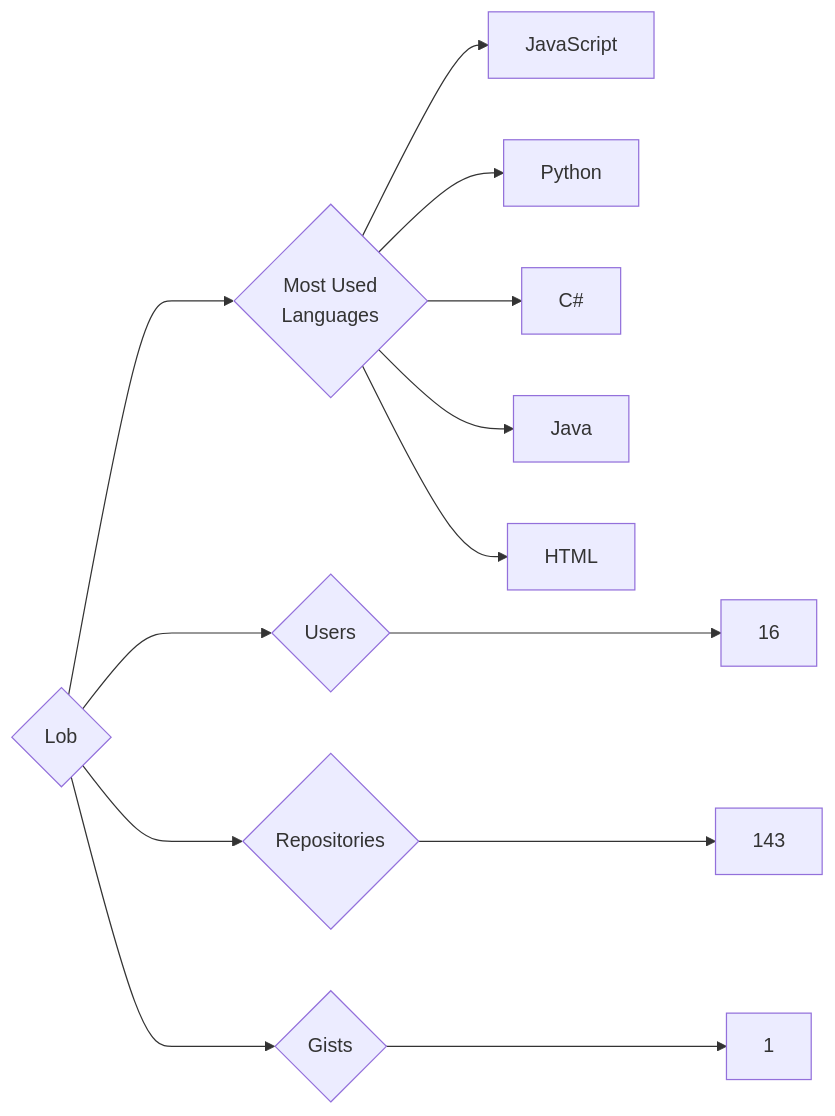
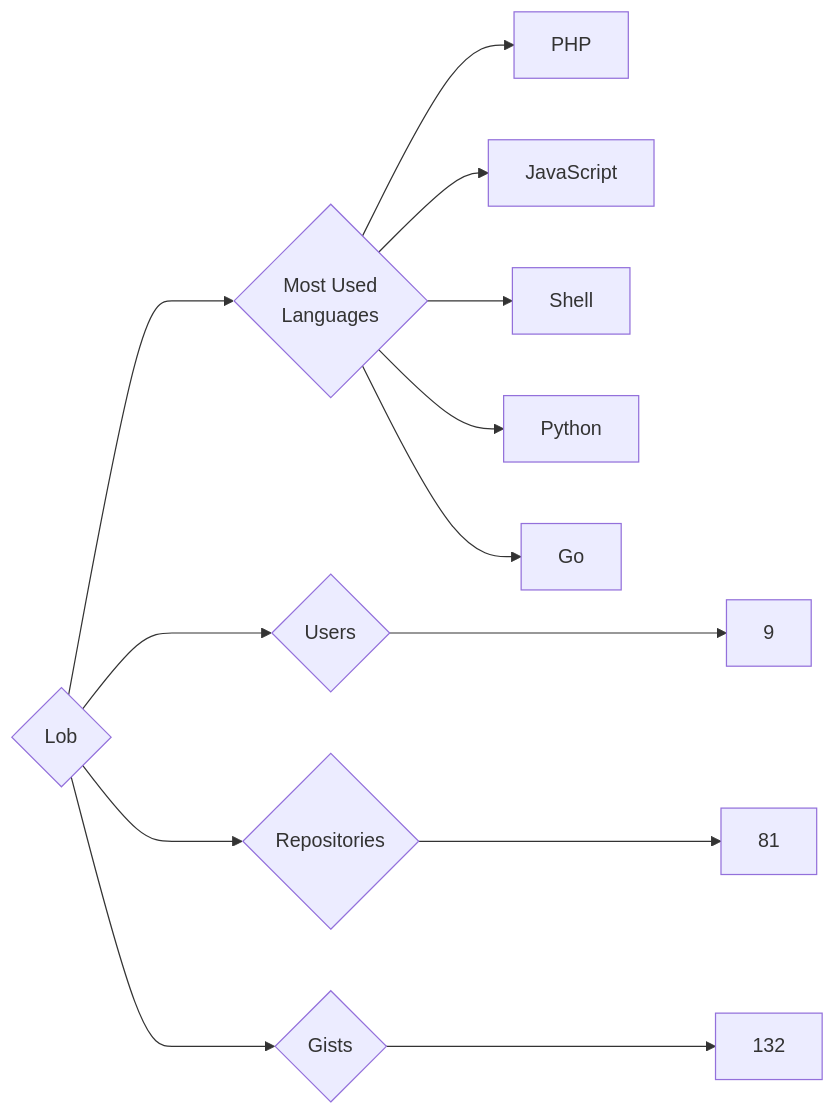
One commit to trickest/insiders changed the diagram in targets/Lob/README.md. Above: the diagram before and after it, drawn with Mermaid. The commit also changed 835 other files, not shown here.

````diff
--- a/targets/Lob/README.md
+++ b/targets/Lob/README.md
@@ -3,13 +3,13 @@
 ```mermaid
 graph LR
 COMPANY_NAME{Lob}
-COMPANY_NAME ---> U{Users} ---> UN[16]
-COMPANY_NAME ---> R{Repositories} ---> RN[143]
-COMPANY_NAME ---> G{Gists} ---> GN[1]
+COMPANY_NAME ---> U{Users} ---> UN[9]
+COMPANY_NAME ---> R{Repositories} ---> RN[81]
+COMPANY_NAME ---> G{Gists} ---> GN[132]
 COMPANY_NAME ---> ML{Most Used<br>Languages}
+ML --> PHP[PHP]
 ML --> JavaScript[JavaScript]
+ML --> Shell[Shell]
 ML --> Python[Python]
-ML --> C#[C#]
-ML --> Java[Java]
-ML --> HTML[HTML]
+ML --> Go[Go]
 ```
````
